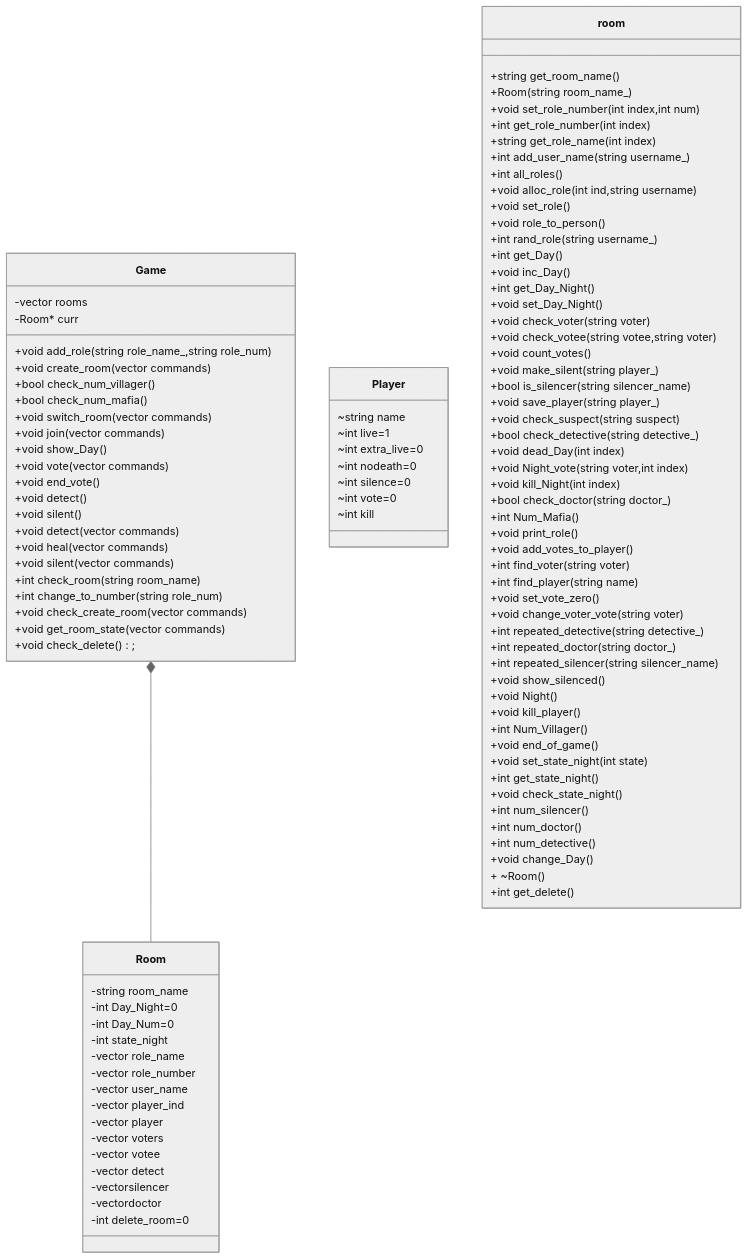
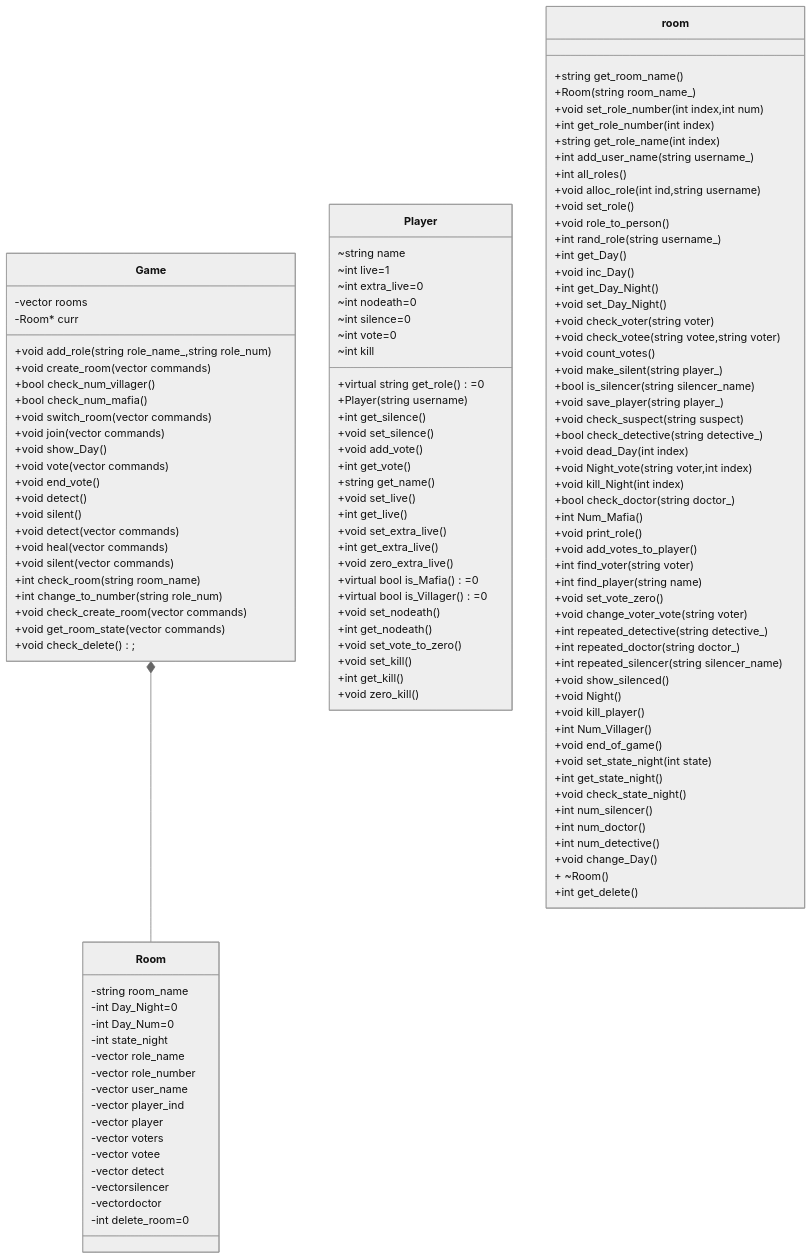
The second of 2 diagrams in README.md (NeginAz/mafia_game), drawn with Mermaid (neutral theme) before and after one commit.

````diff
--- a/README.md
+++ b/README.md
@@ -145,7 +145,28 @@
         +void change_Day()
         + ~Room()
         +int get_delete()
-
+}
+class Player{
+  +virtual string get_role()=0
+  +Player(string username)
+  +int get_silence()
+  +void set_silence()
+  +void add_vote()
+  +int get_vote()
+  +string get_name()
+  +void set_live()
+  +int get_live()
+  +void set_extra_live()
+  +int get_extra_live()
+  +void zero_extra_live()
+  +virtual bool is_Mafia()=0
+  +virtual bool is_Villager()=0 
+  +void set_nodeath()
+  +int get_nodeath()
+  +void set_vote_to_zero()
+  +void set_kill()
+  +int get_kill()
+  +void zero_kill()
 }
 
 ```
````
